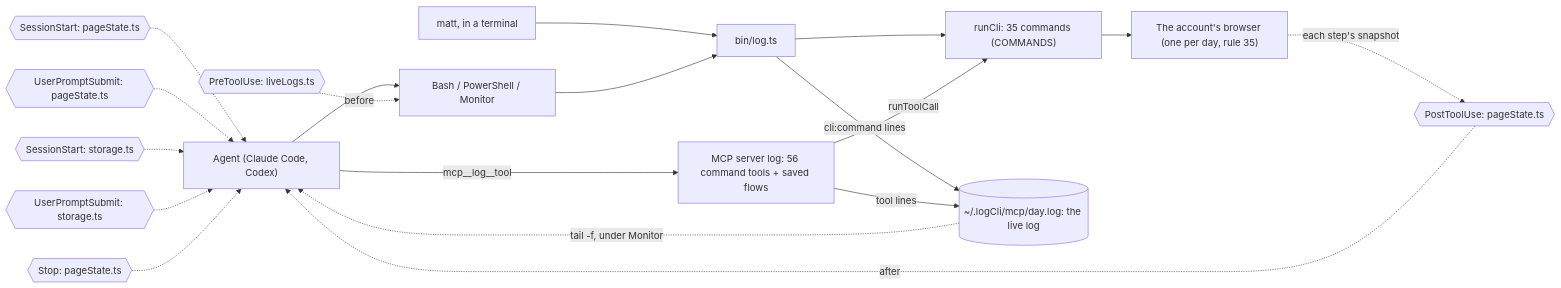
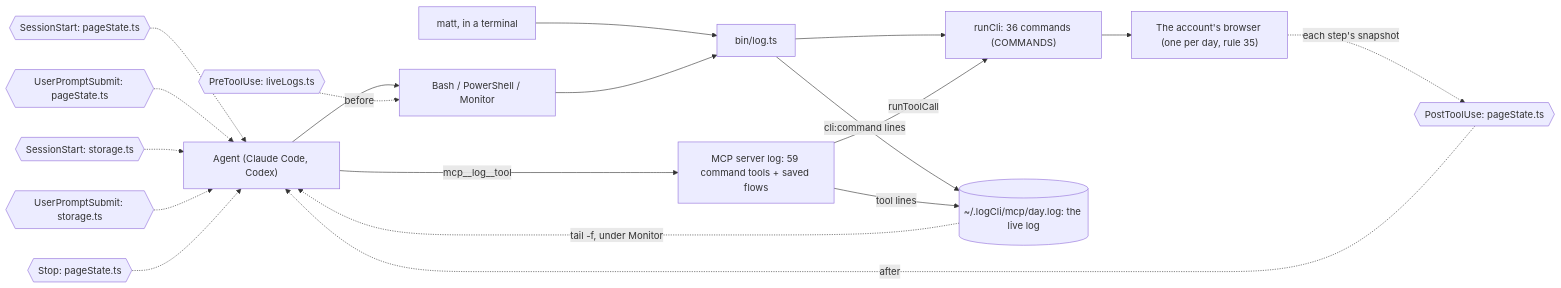
The second of 5 diagrams in README.md (matthewdonsemail-lab/log), drawn with Mermaid before and after one commit. The commit also changed other lines of this file and 22 other files, not shown here.

````diff
--- a/README.md
+++ b/README.md
@@ -87,29 +87,29 @@
 ```mermaid
 flowchart LR
   agent["Agent (Claude Code, Codex)"]
   matt["matt, in a terminal"]
   shell["Bash / PowerShell / Monitor"]
-  mcp["MCP server log: 56 command tools + saved flows"]
+  mcp["MCP server log: 59 command tools + saved flows"]
   bin["bin/log.ts"]
-  runCli["runCli: 35 commands (COMMANDS)"]
+  runCli["runCli: 36 commands (COMMANDS)"]
   live[("~/.logCli/mcp/day.log: the live log")]
   browser["The account's browser (one per day, rule 35)"]
   agent --> shell
   matt --> bin
   shell --> bin
   agent -->|mcp__log__tool| mcp
   bin --> runCli
   mcp -->|runToolCall| runCli
   runCli --> browser
   bin -->|cli:command lines| live
   mcp -->|tool lines| live
   live -.->|tail -f, under Monitor| agent
   pre0{{"PreToolUse: liveLogs.ts"}} -.->|before| shell
   post0{{"PostToolUse: pageState.ts"}} -.->|after| agent
   turn0{{"SessionStart: pageState.ts"}} -.-> agent
   turn1{{"UserPromptSubmit: pageState.ts"}} -.-> agent
   turn2{{"SessionStart: storage.ts"}} -.-> agent
   turn3{{"UserPromptSubmit: storage.ts"}} -.-> agent
   turn4{{"Stop: pageState.ts"}} -.-> agent
   browser -.->|each step's snapshot| post0
 ```
````
